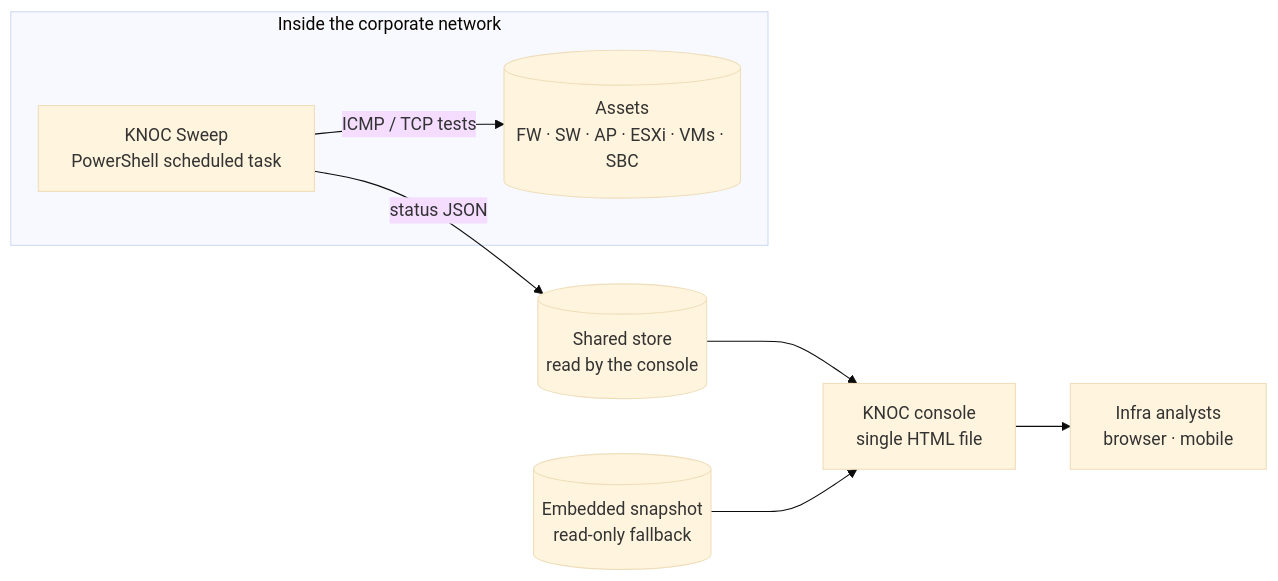
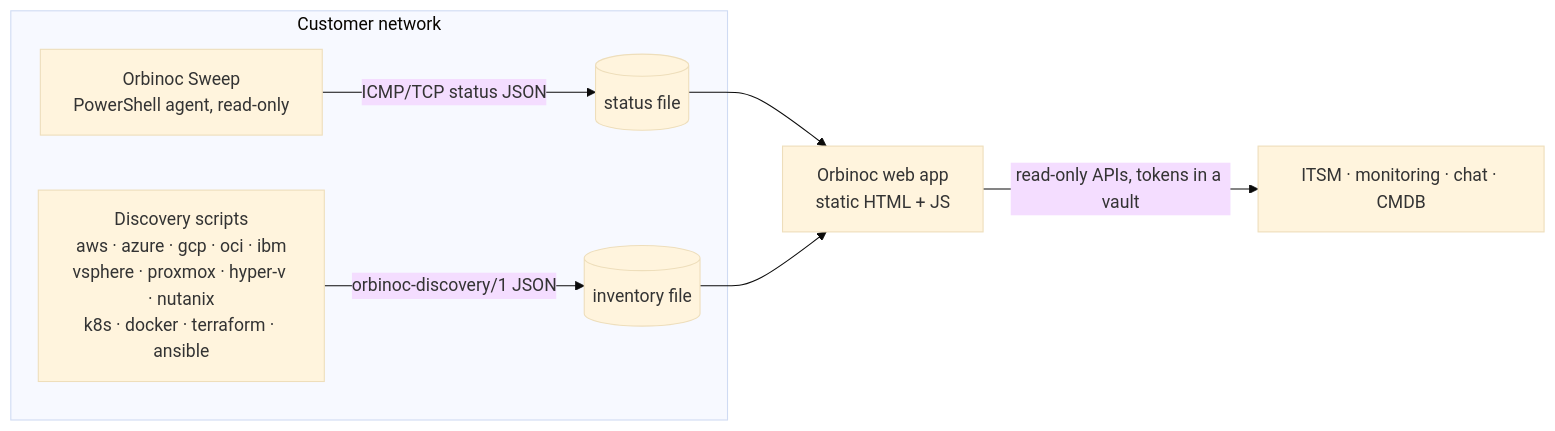
The diagram in README.md (netorojas/knoc-network-ops-console), drawn with Mermaid (base theme) before and after one commit. The commit also changed other lines of this file and 64 other files, not shown here.

````diff
--- a/README.md
+++ b/README.md
@@ -60,10 +98,10 @@
 ```mermaid
 flowchart LR
-  subgraph Inside the corporate network
-    SW[KNOC Sweep<br/>PowerShell scheduled task] -->|ICMP / TCP tests| A[(Assets<br/>FW · SW · AP · ESXi · VMs · SBC)]
+  subgraph Customer network
+    SW[Orbinoc Sweep<br/>PowerShell agent, read-only] -->|ICMP/TCP status JSON| F[(status file)]
+    D[Discovery scripts<br/>aws · azure · gcp · oci · ibm<br/>vsphere · proxmox · hyper-v · nutanix<br/>k8s · docker · terraform · ansible] -->|orbinoc-discovery/1 JSON| F2[(inventory file)]
   end
-  SW -->|status JSON| DB[(Shared store<br/>read by the console)]
-  DB --> UI[KNOC console<br/>single HTML file]
-  SNAP[(Embedded snapshot<br/>read-only fallback)] --> UI
-  UI --> U[Infra analysts<br/>browser · mobile]
+  F --> UI[Orbinoc web app<br/>static HTML + JS]
+  F2 --> UI
+  UI -->|read-only APIs, tokens in a vault| I[ITSM · monitoring · chat · CMDB]
 ```
````
